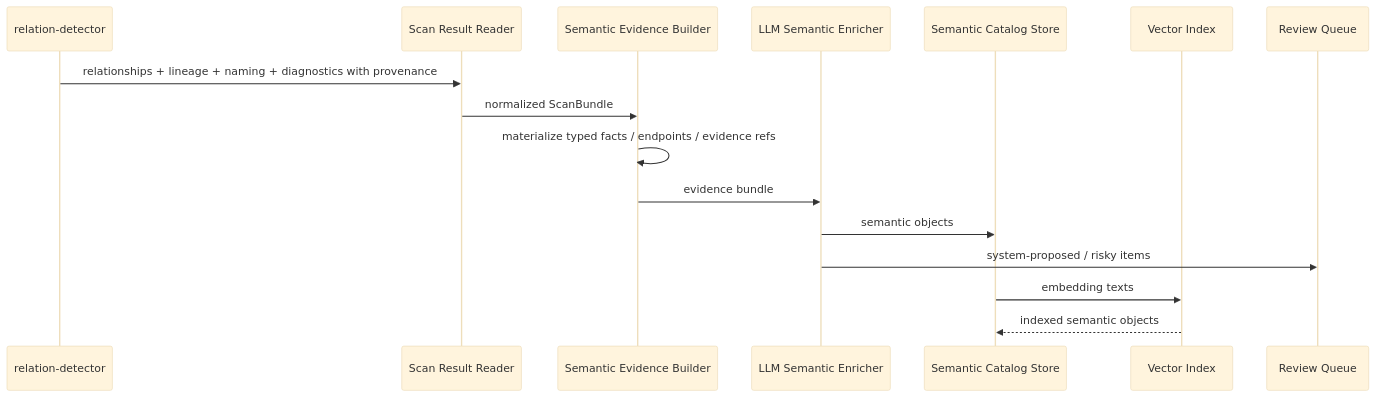
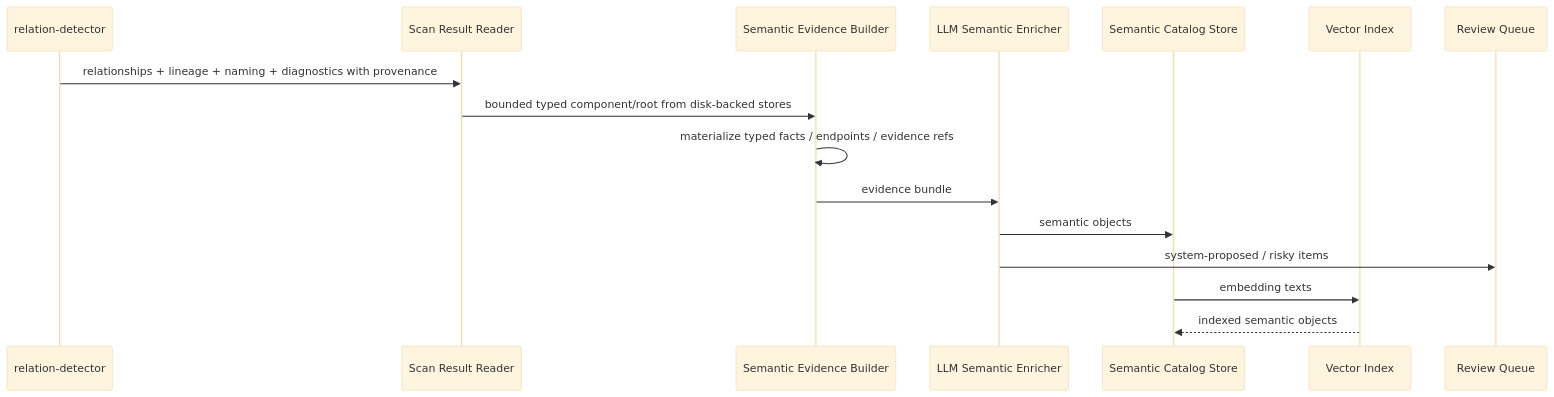
The fourth of 8 diagrams in docs/design/semantic-layer-overall-design.md (xiaoguang/relation-detector), drawn with Mermaid (base theme) before and after one commit. The commit also changed other lines of this file and 141 other files, not shown here.

````diff
--- a/docs/design/semantic-layer-overall-design.md
+++ b/docs/design/semantic-layer-overall-design.md
@@ -212,19 +217,19 @@
 ```mermaid
 sequenceDiagram
   participant S as relation-detector
   participant R as Scan Result Reader
   participant E as Semantic Evidence Builder
   participant L as LLM Semantic Enricher
   participant C as Semantic Catalog Store
   participant V as Vector Index
   participant Q as Review Queue
 
   S->>R: relationships + lineage + naming + diagnostics with provenance
-  R->>E: normalized ScanBundle
+  R->>E: bounded typed component/root from disk-backed stores
   E->>E: materialize typed facts / endpoints / evidence refs
   E->>L: evidence bundle
   L->>C: semantic objects
   L->>Q: system-proposed / risky items
   C->>V: embedding texts
   V-->>C: indexed semantic objects
 ```
````
